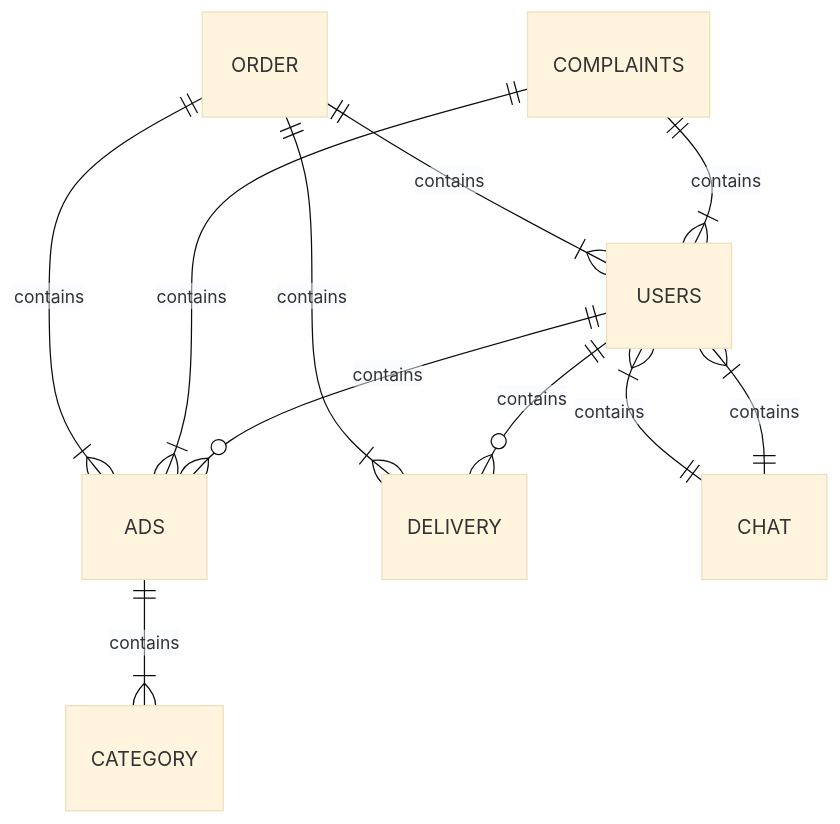
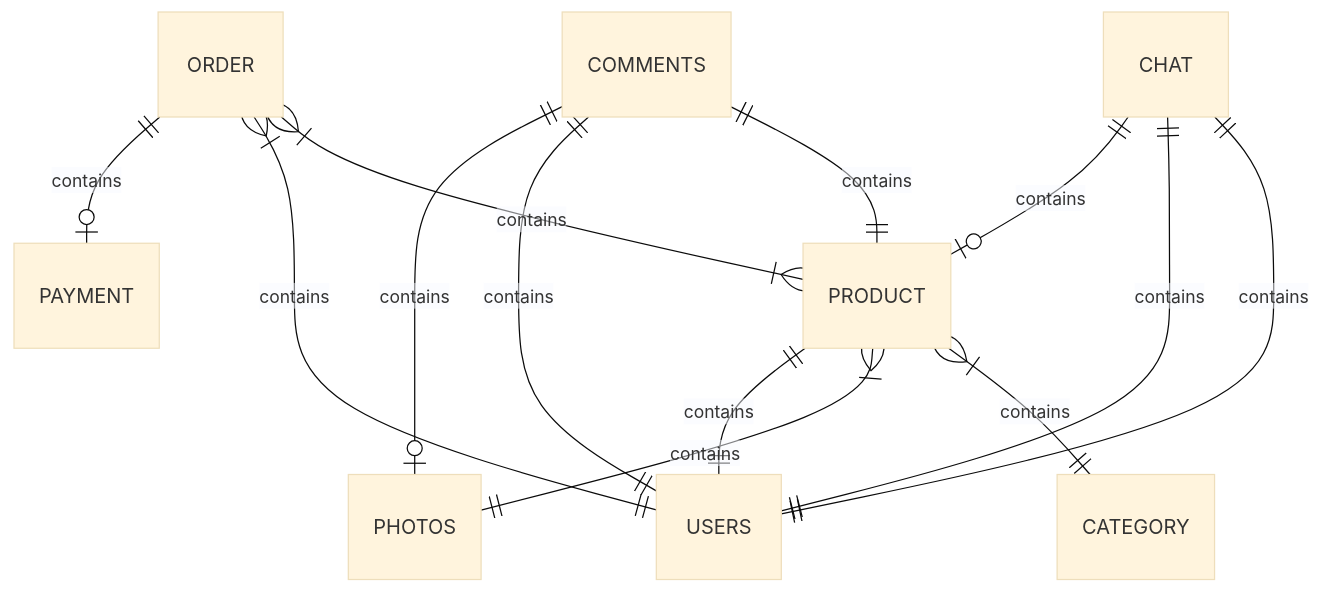
One commit to danila0sukhnyak/hps-store changed the diagram in README.md. Above: the diagram before and after it, drawn with Mermaid (base theme).

````diff
--- a/README.md
+++ b/README.md
@@ -3,13 +3,18 @@
 ```mermaid
     erDiagram
-    USERS ||--o{ ADS :  contains
-    USERS ||--o{ DELIVERY :  contains
-    ADS ||--|{ CATEGORY : contains
-    COMPLAINTS ||--|{ USERS : contains
-    COMPLAINTS ||--|{ ADS : contains
-    ORDER ||--|{ DELIVERY : contains
-    ORDER ||--|{ ADS : contains
-    ORDER ||--|{ USERS : contains
-    CHAT ||--|{ USERS :  contains
-    USERS }|--|| CHAT :  contains
+    PRODUCT }|--|| CATEGORY:  contains
+    PRODUCT }|--|| PHOTOS:  contains
+    PRODUCT ||--|| USERS: contains
+
+    COMMENTS ||--|| PRODUCT: contains
+    COMMENTS ||--|| USERS: contains
+    COMMENTS ||--O| PHOTOS: contains
+    
+    CHAT ||--|| USERS: contains
+    CHAT ||--|| USERS: contains
+    CHAT ||--O| PRODUCT: contains
+    
+    ORDER }|--|{ PRODUCT: contains
+    ORDER }|--|| USERS: contains
+    ORDER ||--O| PAYMENT: contains
 ```
````
